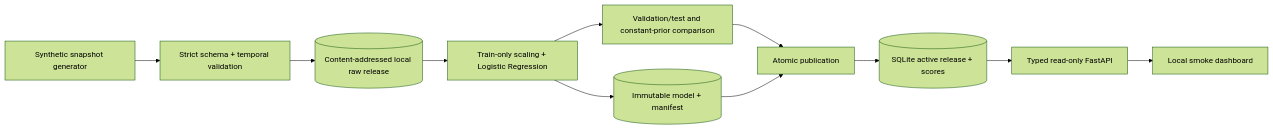
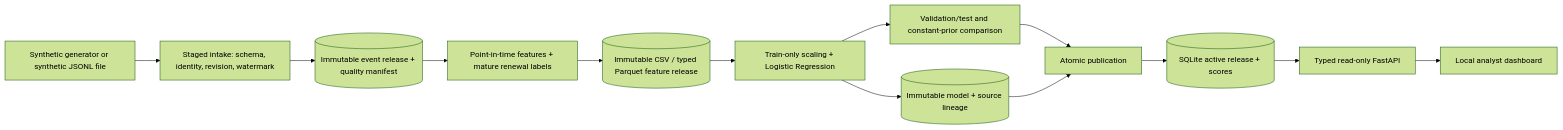
One commit to Palapluem/RetentionOps changed the first of 2 diagrams in docs/ARCHITECTURE.md. Above: the diagram before and after it, drawn with Mermaid (forest theme). The commit also changed other lines of this file and 15 other files, not shown here.

Commit message:
feat: add replayable local event source ingestion (#10)

````diff
--- a/docs/ARCHITECTURE.md
+++ b/docs/ARCHITECTURE.md
@@ -5,13 +5,15 @@
 ```mermaid
 flowchart LR
-  G[Synthetic snapshot generator] --> V[Strict schema + temporal validation]
-  V --> R[(Content-addressed local raw release)]
-  R --> T[Train-only scaling + Logistic Regression]
+  G[Synthetic generator or synthetic JSONL file] --> I[Staged intake: schema, identity, revision, watermark]
+  I --> R[(Immutable event release + quality manifest)]
+  R --> F[Point-in-time features + mature renewal labels]
+  F --> Q[(Immutable CSV / typed Parquet feature release)]
+  Q --> T[Train-only scaling + Logistic Regression]
   T --> E[Validation/test and constant-prior comparison]
-  T --> M[(Immutable model + manifest)]
+  T --> M[(Immutable model + source lineage)]
   E --> P[Atomic publication]
   M --> P
   P --> S[(SQLite active release + scores)]
   S --> A[Typed read-only FastAPI]
-  A --> U[Local smoke dashboard]
+  A --> U[Local analyst dashboard]
 ```
````
